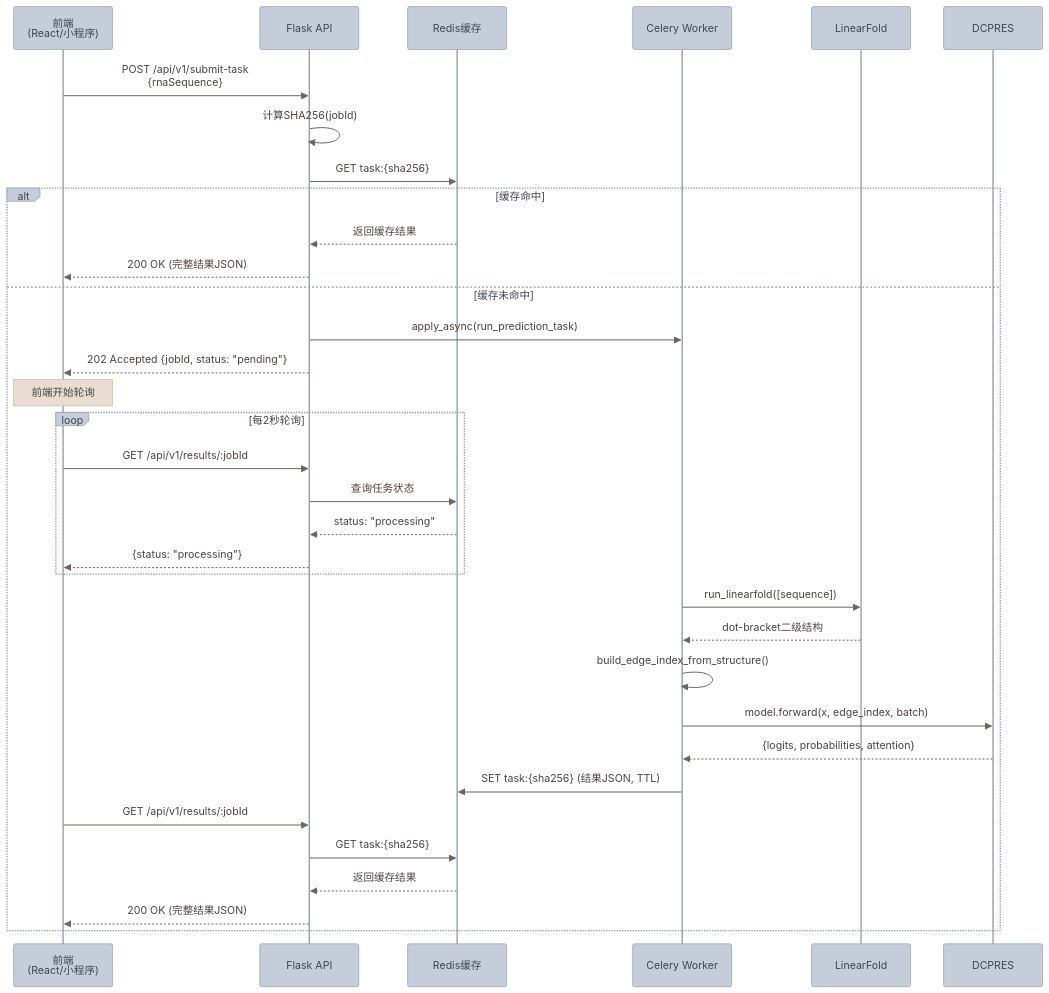
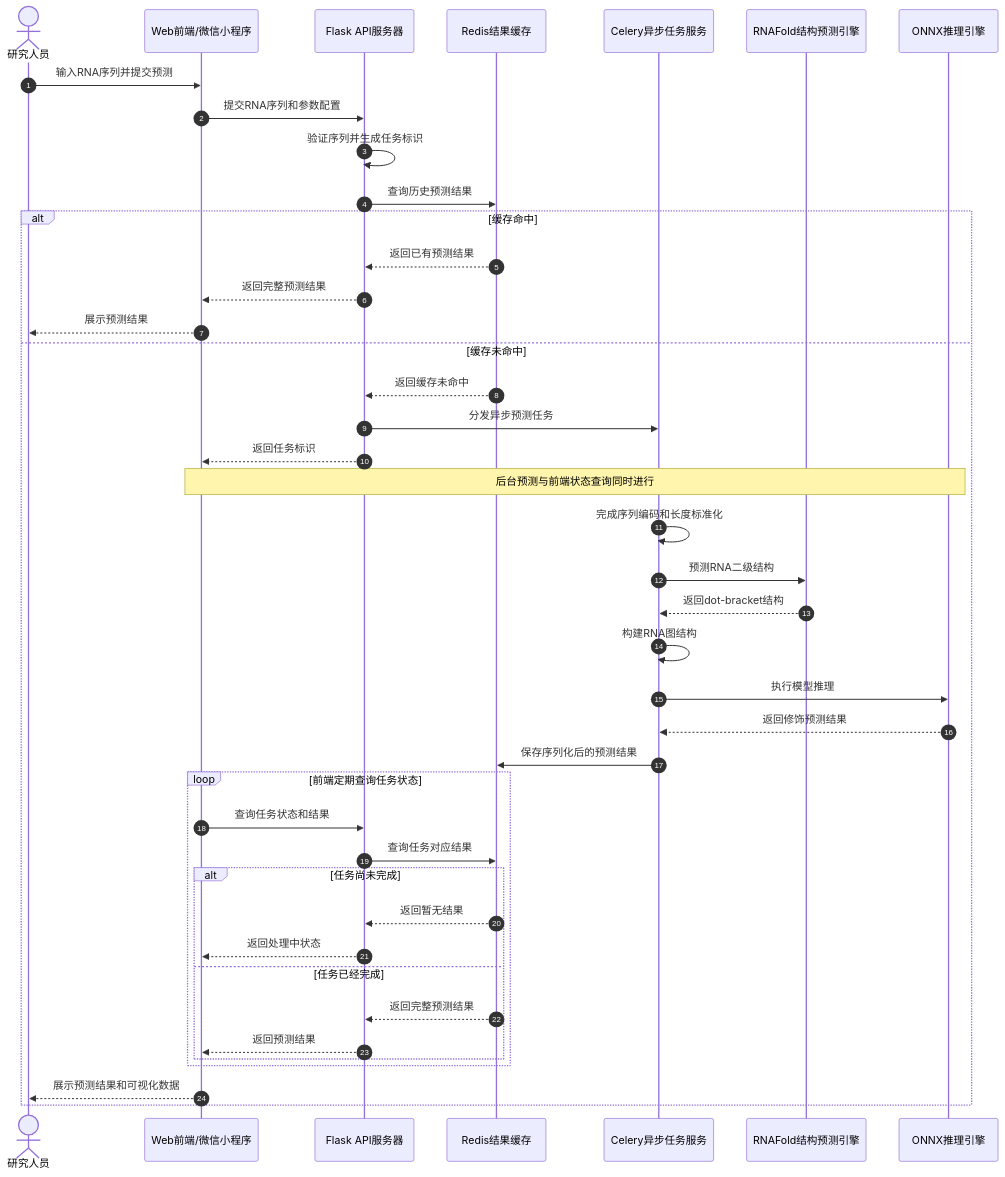
One commit to fdiskdc/RGCNFormer_WebAndWx_backend changed the ninth of 19 diagrams in md/RMA序列修饰检测可视化系统架构说明文档.md. Above: the diagram before and after it, drawn with Mermaid.

Commit message:
更新md

````diff
--- a/md/RMA序列修饰检测可视化系统架构说明文档.md
+++ b/md/RMA序列修饰检测可视化系统架构说明文档.md
@@ -837,43 +837,53 @@
 ```mermaid
-%%{init: {'theme': 'base', 'themeVariables': {'primaryColor': '#EDE7E0', 'primaryTextColor': '#4A4440', 'primaryBorderColor': '#C4BAA8', 'lineColor': '#B0A898', 'secondaryColor': '#E2DCD4', 'background': '#F8F5F0', 'fontSize': '13px', 'actorBkg': '#C5CDD8', 'actorTextColor': '#3D4550', 'actorBorder': '#8E9AAA', 'signalColor': '#6B6560', 'signalTextColor': '#4A4440', 'activationBkgColor': '#EDE7E0', 'activationBorderColor': '#C4BAA8', 'sequenceNumberColor': '#F8F5F0', 'noteBkgColor': '#E8DDD0', 'noteTextColor': '#4A4440', 'noteBorderColor': '#C4B8A0'}}}%%
 sequenceDiagram
-    participant 前端 as 前端<br/>(React/小程序)
-    participant Flask as Flask API
-    participant Redis as Redis缓存
-    participant Celery as Celery Worker
-    participant LF as LinearFold
-    participant Model as DCPRES
+    autonumber
 
-    前端->>Flask: POST /api/v1/submit-task<br/>{rnaSequence}
-    Flask->>Flask: 计算SHA256(jobId)
-    Flask->>Redis: GET task:{sha256}
+    actor User as 研究人员
+    participant Frontend as Web前端/微信小程序
+    participant Flask as Flask API服务器
+    participant Redis as Redis结果缓存
+    participant Celery as Celery异步任务服务
+    participant RNAFold as RNAFold结构预测引擎
+    participant ONNX as ONNX推理引擎
+
+    User->>Frontend: 输入RNA序列并提交预测
+    Frontend->>Flask: 提交RNA序列和参数配置
+
+    Flask->>Flask: 验证序列并生成任务标识
+    Flask->>Redis: 查询历史预测结果
 
     alt 缓存命中
-        Redis-->>Flask: 返回缓存结果
-        Flask-->>前端: 200 OK (完整结果JSON)
+        Redis-->>Flask: 返回已有预测结果
+        Flask-->>Frontend: 返回完整预测结果
+        Frontend-->>User: 展示预测结果
     else 缓存未命中
-        Flask->>Celery: apply_async(run_prediction_task)
-        Flask-->>前端: 202 Accepted {jobId, status: "pending"}
-    
-        Note over 前端: 前端开始轮询
+        Redis-->>Flask: 返回缓存未命中
+        Flask->>Celery: 分发异步预测任务
+        Flask-->>Frontend: 返回任务标识
 
-        loop 每2秒轮询
-            前端->>Flask: GET /api/v1/results/:jobId
-            Flask->>Redis: 查询任务状态
-            Redis-->>Flask: status: "processing"
-            Flask-->>前端: {status: "processing"}
+        Note over Frontend,ONNX: 后台预测与前端状态查询同时进行
+
+        Celery->>Celery: 完成序列编码和长度标准化
+        Celery->>RNAFold: 预测RNA二级结构
+        RNAFold-->>Celery: 返回dot-bracket结构
+        Celery->>Celery: 构建RNA图结构
+        Celery->>ONNX: 执行模型推理
+        ONNX-->>Celery: 返回修饰预测结果
+        Celery->>Redis: 保存序列化后的预测结果
+
+        loop 前端定期查询任务状态
+            Frontend->>Flask: 查询任务状态和结果
+            Flask->>Redis: 查询任务对应结果
+
+            alt 任务尚未完成
+                Redis-->>Flask: 返回暂无结果
+                Flask-->>Frontend: 返回处理中状态
+            else 任务已经完成
+                Redis-->>Flask: 返回完整预测结果
+                Flask-->>Frontend: 返回预测结果
+            end
         end
 
-        Celery->>LF: run_linearfold([sequence])
-        LF-->>Celery: dot-bracket二级结构
-        Celery->>Celery: build_edge_index_from_structure()
-        Celery->>Model: model.forward(x, edge_index, batch)
-        Model-->>Celery: {logits, probabilities, attention}
-        Celery->>Redis: SET task:{sha256} (结果JSON, TTL)
-
-        前端->>Flask: GET /api/v1/results/:jobId
-        Flask->>Redis: GET task:{sha256}
-        Redis-->>Flask: 返回缓存结果
-        Flask-->>前端: 200 OK (完整结果JSON)
+        Frontend-->>User: 展示预测结果和可视化数据
     end
 ```
````
